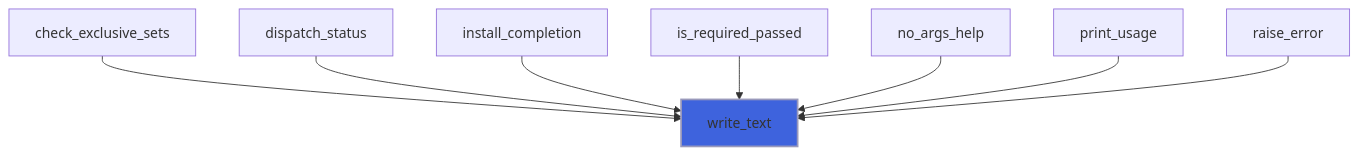
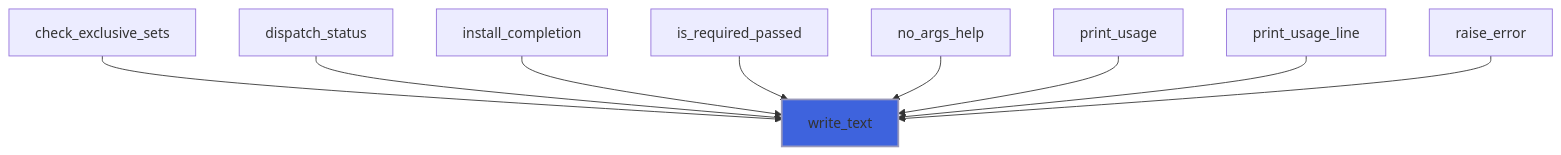
Before and after one commit to szaghi/FLAP: the eighth of 19 diagrams in docs/api/src/lib/flap_utils_m.md, drawn with Mermaid. The commit also changed other lines of this file and 13 other files, not shown here.

````diff
--- a/docs/api/src/lib/flap_utils_m.md
+++ b/docs/api/src/lib/flap_utils_m.md
@@ -285,11 +285,12 @@
 ```mermaid
 flowchart TD
   check_exclusive_sets["check_exclusive_sets"] --> write_text["write_text"]
   dispatch_status["dispatch_status"] --> write_text["write_text"]
   install_completion["install_completion"] --> write_text["write_text"]
   is_required_passed["is_required_passed"] --> write_text["write_text"]
   no_args_help["no_args_help"] --> write_text["write_text"]
   print_usage["print_usage"] --> write_text["write_text"]
+  print_usage_line["print_usage_line"] --> write_text["write_text"]
   raise_error["raise_error"] --> write_text["write_text"]
   style write_text fill:#3e63dd,stroke:#99b,stroke-width:2px
 ```
````
